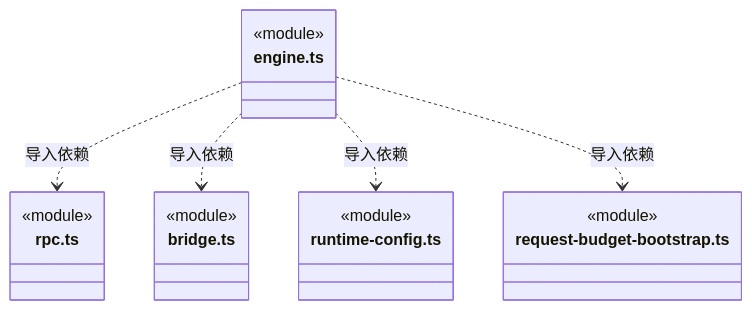
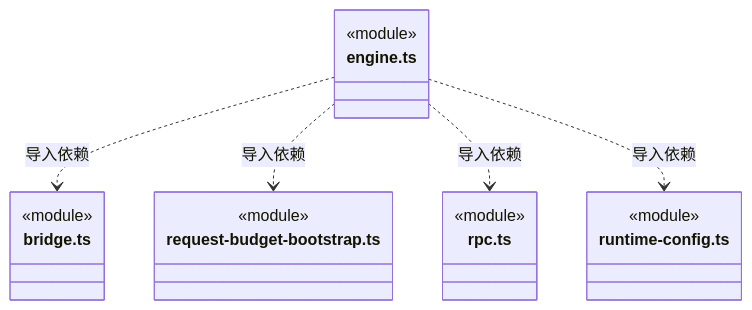
The tenth of 11 diagrams in src/logic/execution/engines/pi/ARCHITECTURE.md (nan023062/cbim), drawn with Mermaid before and after one commit. The commit also changed other lines of this file and 112 other files, not shown here.

Commit message:
docs: align source architecture with current declarations and contracts

````diff
--- a/src/logic/execution/engines/pi/ARCHITECTURE.md
+++ b/src/logic/execution/engines/pi/ARCHITECTURE.md
@@ -419,22 +420,22 @@
 ```mermaid
 classDiagram
 class N_src_logic_execution_engines_pi_engine_ts["engine.ts"] {
   <<module>>
 }
-class N_src_logic_execution_engines_pi_rpc_ts["rpc.ts"] {
+class N_src_logic_execution_engines_pi_bridge_ts["bridge.ts"] {
   <<module>>
 }
-class N_src_logic_execution_engines_pi_bridge_ts["bridge.ts"] {
+class N_src_logic_execution_engines_pi_request_budget_bootstrap_ts["request-budget-bootstrap.ts"] {
+  <<module>>
+}
+class N_src_logic_execution_engines_pi_rpc_ts["rpc.ts"] {
   <<module>>
 }
 class N_src_logic_execution_engines_pi_runtime_config_ts["runtime-config.ts"] {
   <<module>>
 }
-class N_src_logic_execution_engines_pi_request_budget_bootstrap_ts["request-budget-bootstrap.ts"] {
-  <<module>>
-}
+N_src_logic_execution_engines_pi_engine_ts ..> N_src_logic_execution_engines_pi_bridge_ts : 导入依赖
+N_src_logic_execution_engines_pi_engine_ts ..> N_src_logic_execution_engines_pi_request_budget_bootstrap_ts : 导入依赖
 N_src_logic_execution_engines_pi_engine_ts ..> N_src_logic_execution_engines_pi_rpc_ts : 导入依赖
-N_src_logic_execution_engines_pi_engine_ts ..> N_src_logic_execution_engines_pi_bridge_ts : 导入依赖
 N_src_logic_execution_engines_pi_engine_ts ..> N_src_logic_execution_engines_pi_runtime_config_ts : 导入依赖
-N_src_logic_execution_engines_pi_engine_ts ..> N_src_logic_execution_engines_pi_request_budget_bootstrap_ts : 导入依赖
 ```
````
